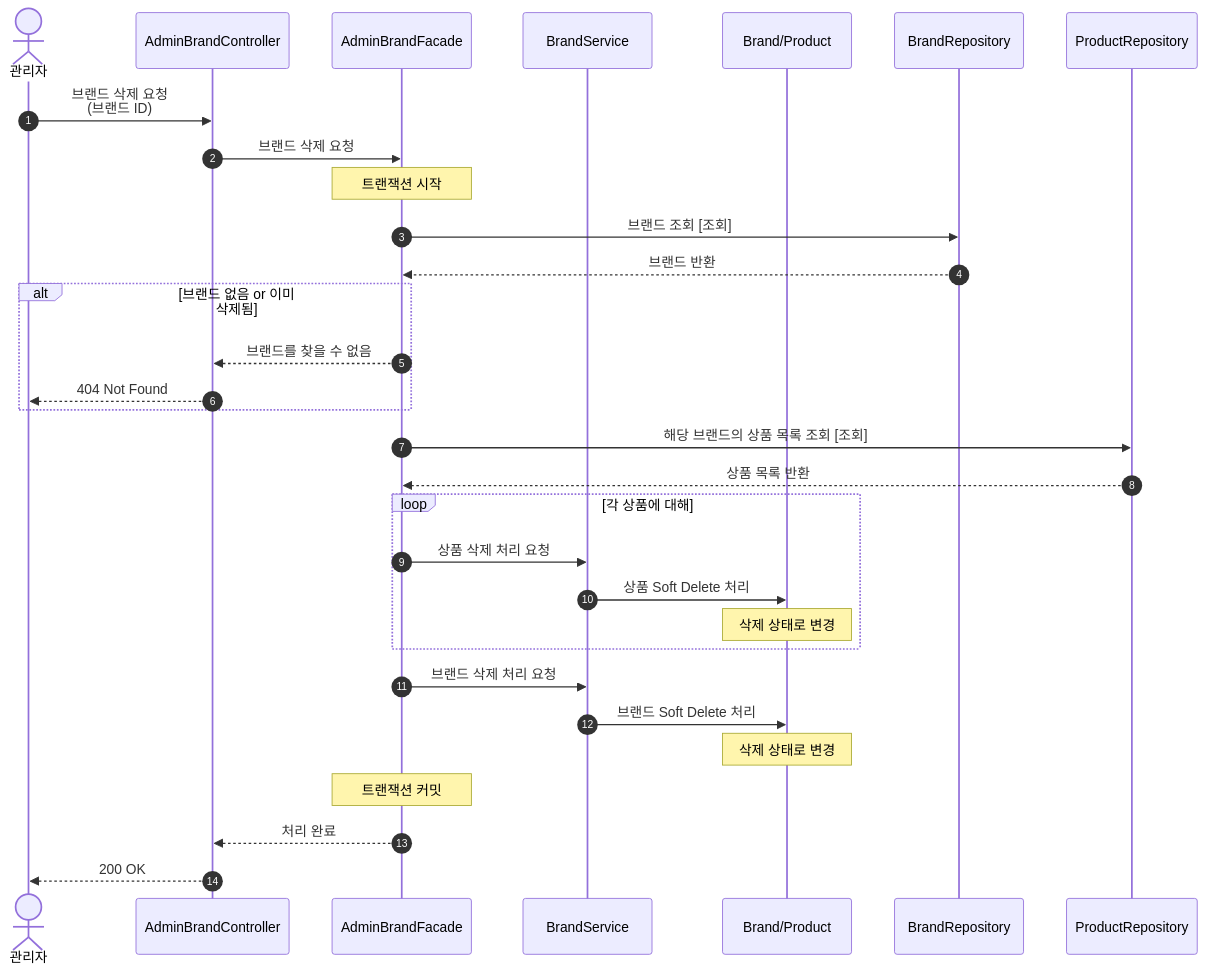
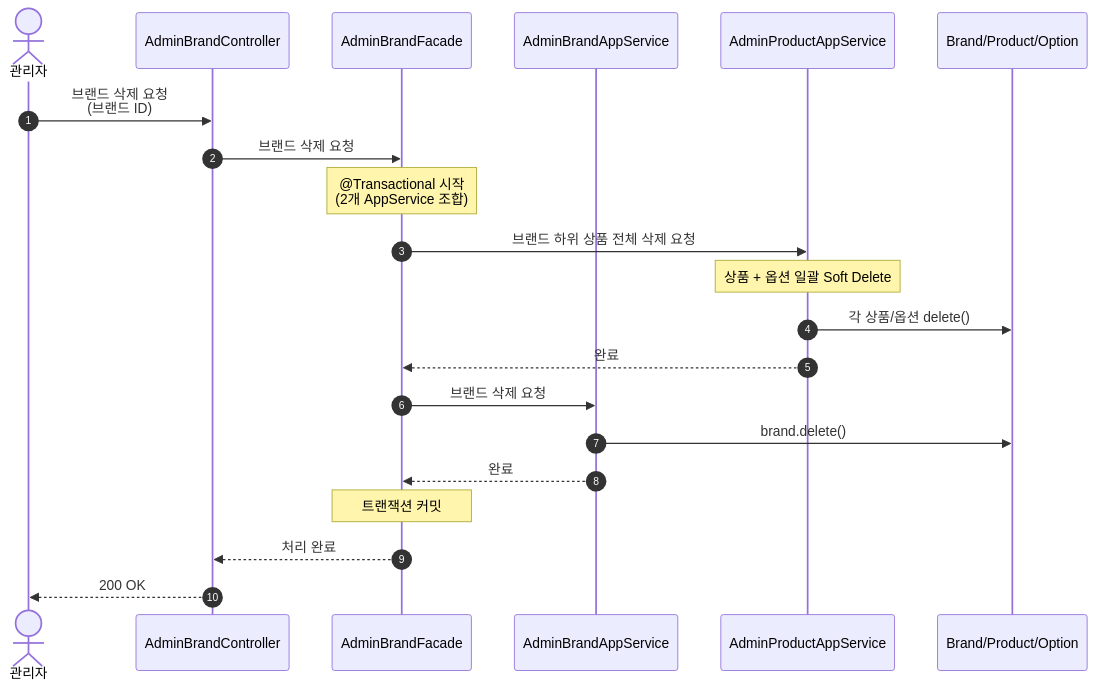
Before and after one commit to Loopers-dev-lab/loop-pack-be-l2-vol3-java: the second of 14 diagrams in docs/design/02-sequence-diagrams.md, drawn with Mermaid. The commit also changed other lines of this file and 2 other files, not shown here.

````diff
--- a/docs/design/02-sequence-diagrams.md
+++ b/docs/design/02-sequence-diagrams.md
@@ -144,44 +152,31 @@
 ```mermaid
 sequenceDiagram
     autonumber
     actor 관리자
     participant Controller as AdminBrandController
     participant Facade as AdminBrandFacade
-    participant Service as BrandService
-    participant Domain as Brand/Product
-    participant BrandRepo as BrandRepository
-    participant ProductRepo as ProductRepository
+    participant BrandAS as AdminBrandAppService
+    participant ProductAS as AdminProductAppService
+    participant Domain as Brand/Product/Option
 
     관리자->>Controller: 브랜드 삭제 요청<br/>(브랜드 ID)
     Controller->>Facade: 브랜드 삭제 요청
 
-    Note over Facade: 트랜잭션 시작
+    Note over Facade: @Transactional 시작<br/>(2개 AppService 조합)
 
-    %% 1. 브랜드 조회
-    Facade->>BrandRepo: 브랜드 조회 [조회]
-    BrandRepo-->>Facade: 브랜드 반환
-    alt 브랜드 없음 or 이미 삭제됨
-        Facade-->>Controller: 브랜드를 찾을 수 없음
-        Controller-->>관리자: 404 Not Found
-    end
+    %% 1. 하위 상품 Cascade Soft Delete
+    Facade->>ProductAS: 브랜드 하위 상품 전체 삭제 요청
+    Note over ProductAS: 상품 + 옵션 일괄 Soft Delete
+    ProductAS->>Domain: 각 상품/옵션 delete()
+    ProductAS-->>Facade: 완료
 
-    %% 2. 하위 상품 Cascade Soft Delete
-    Facade->>ProductRepo: 해당 브랜드의 상품 목록 조회 [조회]
-    ProductRepo-->>Facade: 상품 목록 반환
-
-    loop 각 상품에 대해
-        Facade->>Service: 상품 삭제 처리 요청
-        Service->>Domain: 상품 Soft Delete 처리
-        Note over Domain: 삭제 상태로 변경
-    end
-
-    %% 3. 브랜드 Soft Delete
-    Facade->>Service: 브랜드 삭제 처리 요청
-    Service->>Domain: 브랜드 Soft Delete 처리
-    Note over Domain: 삭제 상태로 변경
+    %% 2. 브랜드 Soft Delete
+    Facade->>BrandAS: 브랜드 삭제 요청
+    BrandAS->>Domain: brand.delete()
+    BrandAS-->>Facade: 완료
 
     Note over Facade: 트랜잭션 커밋
 
     Facade-->>Controller: 처리 완료
     Controller-->>관리자: 200 OK
 ```
````
